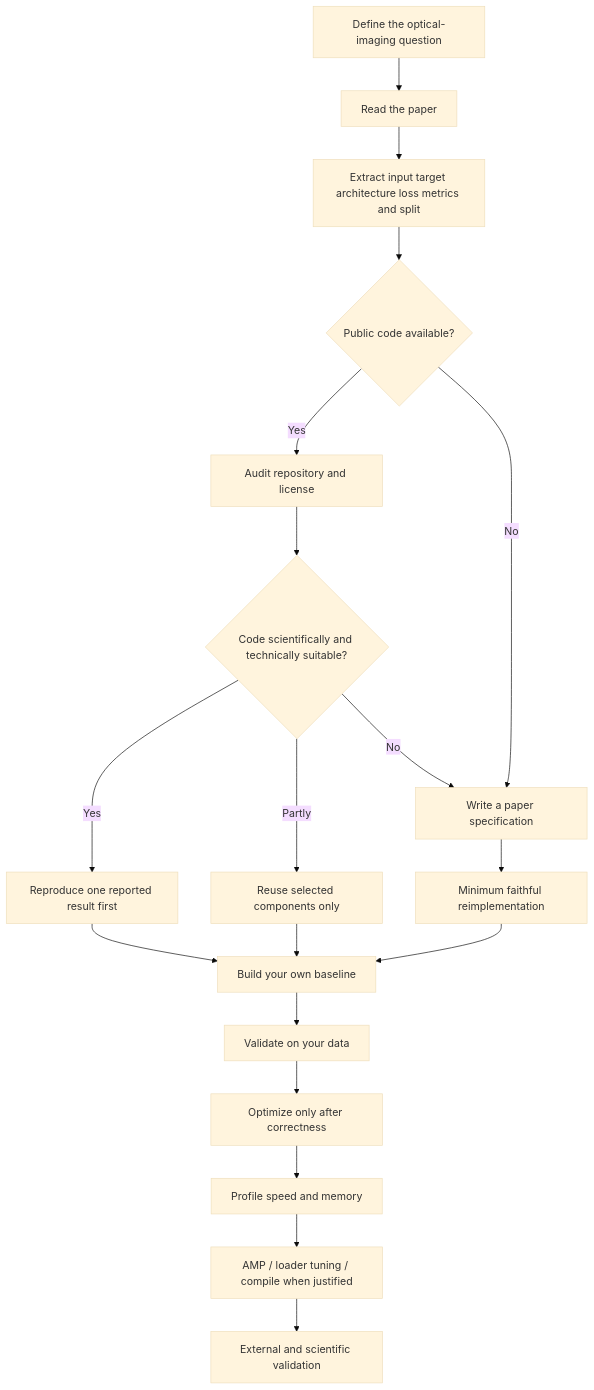
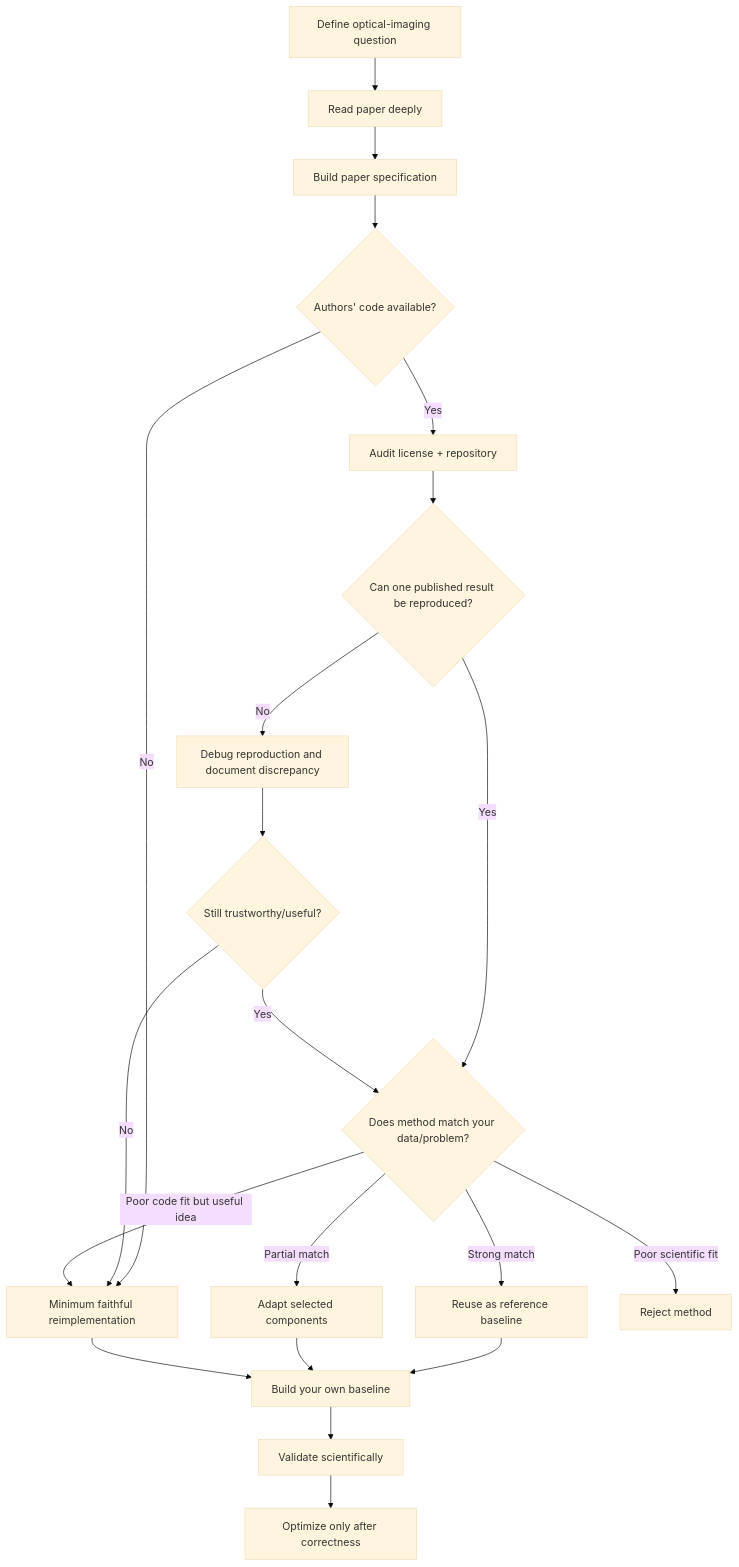
The second of 2 diagrams in README.md (Mobarak-Karim/Deep-Learning-for-Optical-Imaging), drawn with Mermaid (base theme) before and after one commit. The commit also changed other lines of this file and 27 other files, not shown here.

Commit message:
Rebuild course with valid deep notebooks and optical-imaging research workflow

````diff
--- a/README.md
+++ b/README.md
@@ -19,21 +116,23 @@
 ```mermaid
 flowchart TD
-    A[Define the optical-imaging question] --> B[Read the paper]
-    B --> C[Extract input target architecture loss metrics and split]
-    C --> D{Public code available?}
-    D -->|Yes| E[Audit repository and license]
-    D -->|No| F[Write a paper specification]
-    E --> G{Code scientifically and technically suitable?}
-    G -->|Yes| H[Reproduce one reported result first]
-    G -->|Partly| I[Reuse selected components only]
-    G -->|No| F
-    H --> J[Build your own baseline]
-    I --> J
-    F --> K[Minimum faithful reimplementation]
-    K --> J
-    J --> L[Validate on your data]
-    L --> M[Optimize only after correctness]
-    M --> N[Profile speed and memory]
-    N --> O[AMP / loader tuning / compile when justified]
-    O --> P[External and scientific validation]
+    A[Define optical-imaging question] --> B[Read paper deeply]
+    B --> C[Build paper specification]
+    C --> D{Authors' code available?}
+    D -->|No| E[Minimum faithful reimplementation]
+    D -->|Yes| F[Audit license + repository]
+    F --> G{Can one published result be reproduced?}
+    G -->|Yes| H{Does method match your data/problem?}
+    G -->|No| I[Debug reproduction and document discrepancy]
+    I --> J{Still trustworthy/useful?}
+    J -->|No| E
+    J -->|Yes| H
+    H -->|Strong match| K[Reuse as reference baseline]
+    H -->|Partial match| L[Adapt selected components]
+    H -->|Poor code fit but useful idea| E
+    H -->|Poor scientific fit| M[Reject method]
+    K --> N[Build your own baseline]
+    L --> N
+    E --> N
+    N --> O[Validate scientifically]
+    O --> P[Optimize only after correctness]
 ```
````
